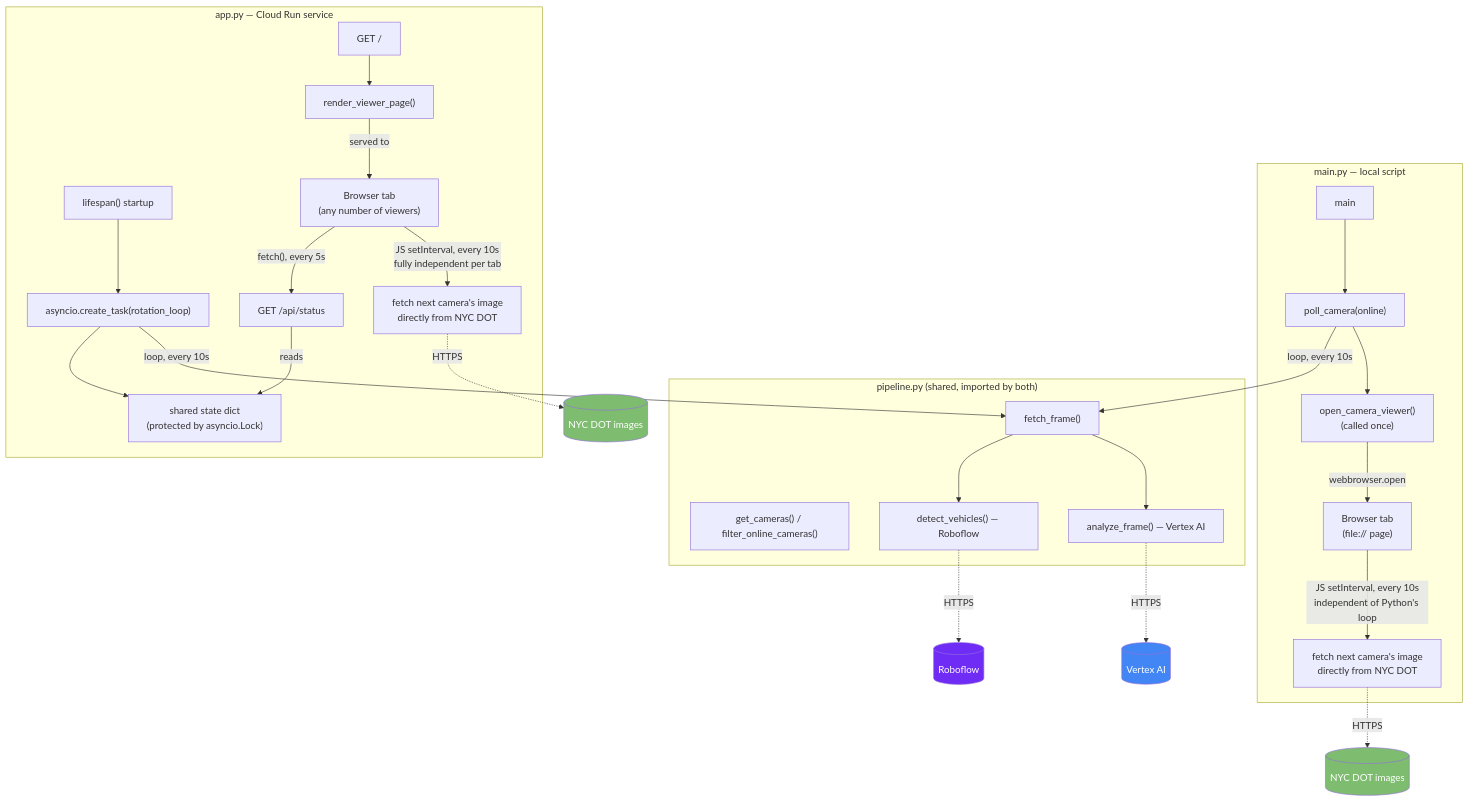
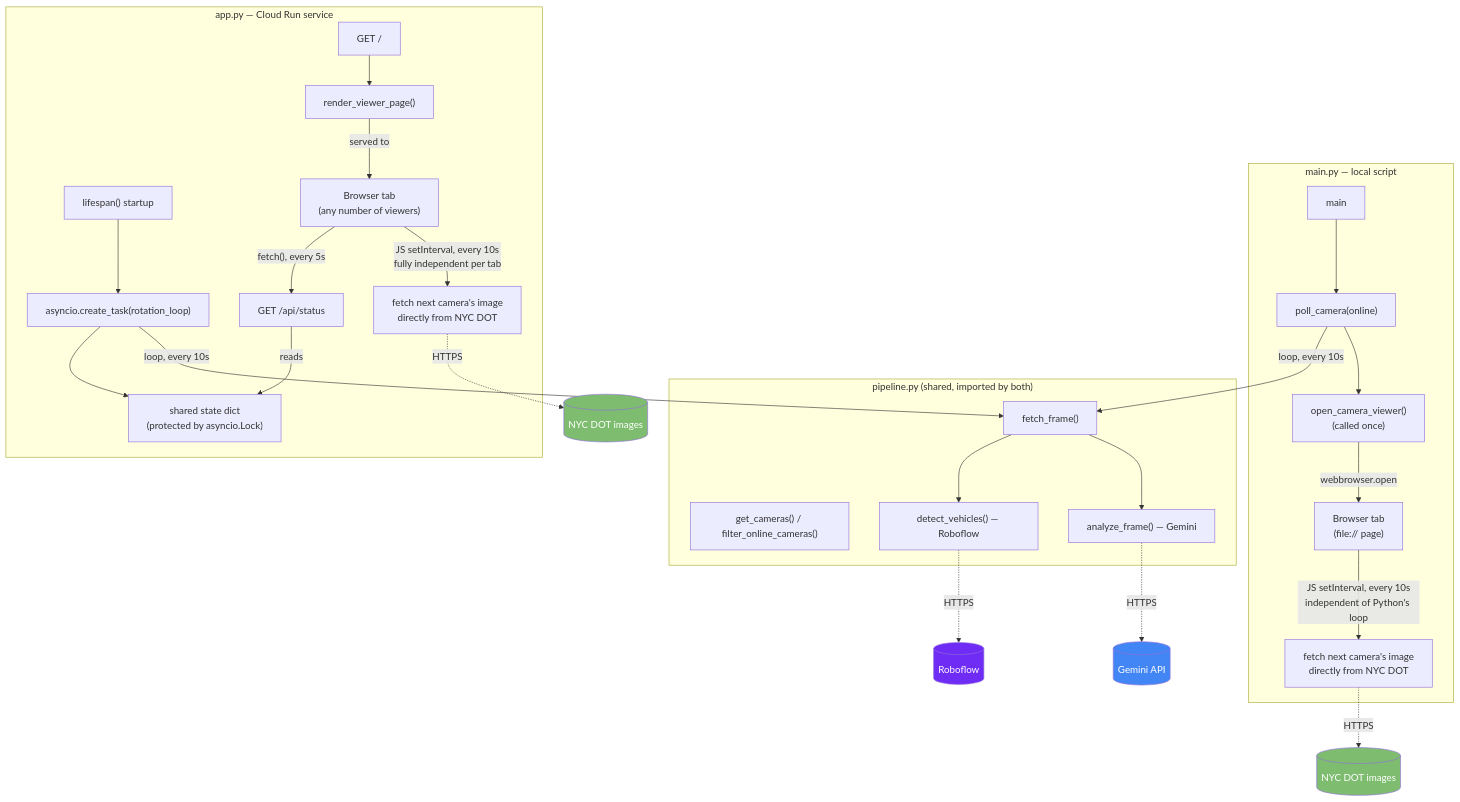
Before and after one commit to wilmccann/nyc-dot-cams: the diagram in docs/ARCHITECTURE.md, drawn with Mermaid. The commit also changed other lines of this file and 10 other files, not shown here.

First line of the commit message:
Switch Gemini access from Vertex AI to direct API key

````diff
--- a/docs/ARCHITECTURE.md
+++ b/docs/ARCHITECTURE.md
@@ -89,40 +89,40 @@
 ```mermaid
 flowchart TB
     subgraph "pipeline.py (shared, imported by both)"
         P1["get_cameras() / filter_online_cameras()"]
         P2["fetch_frame()"]
-        P3["analyze_frame() — Vertex AI"]
+        P3["analyze_frame() — Gemini"]
         P4["detect_vehicles() — Roboflow"]
     end
 
     subgraph "main.py — local script"
         M1[main] --> M2["poll_camera(online)"]
         M2 --> M3["open_camera_viewer()\n(called once)"]
         M2 -->|"loop, every 10s"| P2
         M3 -->|"webbrowser.open"| M4["Browser tab\n(file:// page)"]
         M4 -->|"JS setInterval, every 10s\nindependent of Python's loop"| P2b["fetch next camera's image\ndirectly from NYC DOT"]
     end
 
     subgraph "app.py — Cloud Run service"
         A1["lifespan() startup"] --> A2["asyncio.create_task(rotation_loop)"]
         A2 -->|"loop, every 10s"| P2
         A2 --> A3["shared state dict\n(protected by asyncio.Lock)"]
         A4["GET /"] --> A5["render_viewer_page()"]
         A6["GET /api/status"] -->|"reads"| A3
         A5 -->|"served to"| A7["Browser tab\n(any number of viewers)"]
         A7 -->|"JS setInterval, every 10s\nfully independent per tab"| P2c["fetch next camera's image\ndirectly from NYC DOT"]
         A7 -->|"fetch(), every 5s"| A6
     end
 
     P2 --> P3
     P2 --> P4
-    P3 -.->|HTTPS| V[(Vertex AI)]
+    P3 -.->|HTTPS| V[(Gemini API)]
     P4 -.->|HTTPS| R[(Roboflow)]
     P2b -.->|HTTPS| N1[(NYC DOT images)]
     P2c -.->|HTTPS| N2[(NYC DOT images)]
 
     style V fill:#4285f4,color:#fff
     style R fill:#6f2cf5,color:#fff
     style N1 fill:#7ebc6f,color:#fff
     style N2 fill:#7ebc6f,color:#fff
 ```
````
